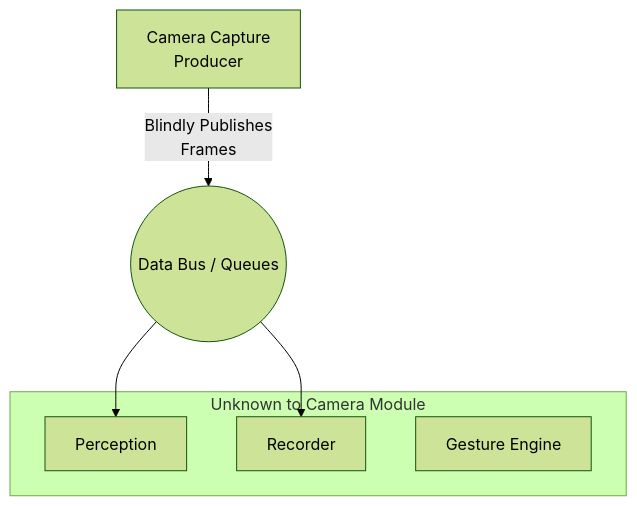
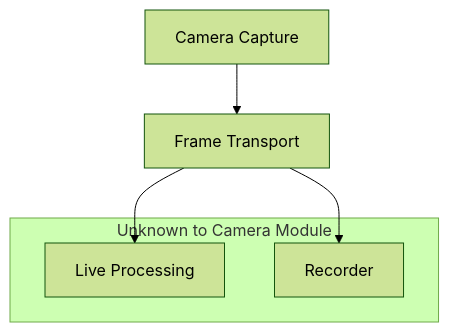
One commit to Varun2526/AirOs changed the seventh of 7 diagrams in docs/engineering/04-real-time-systems.md. Above: the diagram before and after it, drawn with Mermaid (forest theme). The commit also changed other lines of this file, not shown here.

Commit message:
docs: simplify class diagrams and update camera capture architecture in real-time systems documentation

````diff
--- a/docs/engineering/04-real-time-systems.md
+++ b/docs/engineering/04-real-time-systems.md
@@ -267,12 +267,12 @@
 ```mermaid
 flowchart TD
+    Cam[Camera Capture] --> Transport[Frame Transport]
+    
     subgraph Unknown to Camera Module
-        Perc[Perception]
+        Perc[Live Processing]
         Rec[Recorder]
-        Gest[Gesture Engine]
     end
     
-    Cam[Camera Capture<br>Producer] -->|Blindly Publishes<br>Frames| Bus((Data Bus / Queues))
-    Bus --> Perc
-    Bus --> Rec
+    Transport --> Perc
+    Transport --> Rec
 ```
````
